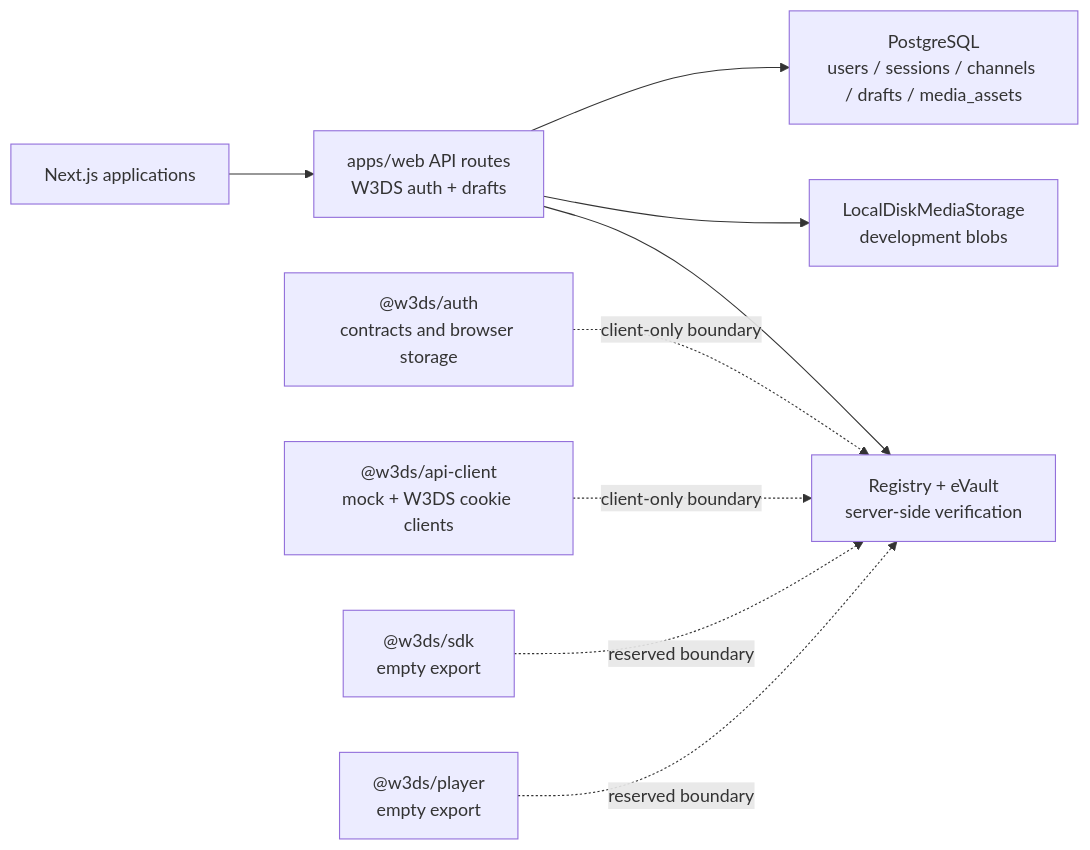
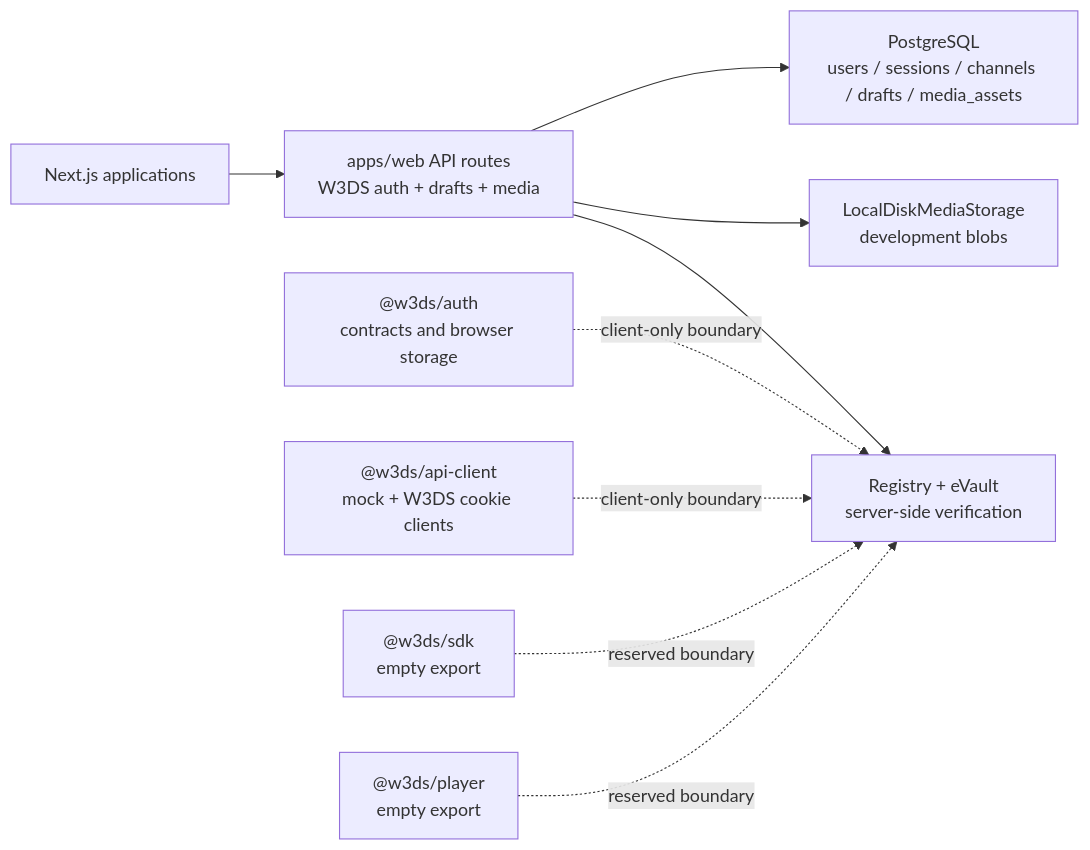
Before and after one commit to serobkhachatryan-cpu/vidak: the diagram in docs/backend.md, drawn with Mermaid. The commit also changed other lines of this file and 9 other files, not shown here.

Commit message:
feat(api): add protected media transfer routes

````diff
--- a/docs/backend.md
+++ b/docs/backend.md
@@ -15,11 +15,11 @@
 ```mermaid
 flowchart LR
-  Clients["Next.js applications"] --> Auth["apps/web API routes\nW3DS auth + drafts"]
+  Clients["Next.js applications"] --> Auth["apps/web API routes\nW3DS auth + drafts + media"]
   Auth --> DB["PostgreSQL\nusers / sessions / channels / drafts / media_assets"]
   Auth --> Disk["LocalDiskMediaStorage\ndevelopment blobs"]
   Auth --> Platform["Registry + eVault\nserver-side verification"]
   Contracts["@w3ds/auth<br/>contracts and browser storage"] -. client-only boundary .-> Platform
   API["@w3ds/api-client<br/>mock + W3DS cookie clients"] -. client-only boundary .-> Platform
   SDK["@w3ds/sdk<br/>empty export"] -. reserved boundary .-> Platform
   Player["@w3ds/player<br/>empty export"] -. reserved boundary .-> Platform
 ```
````
